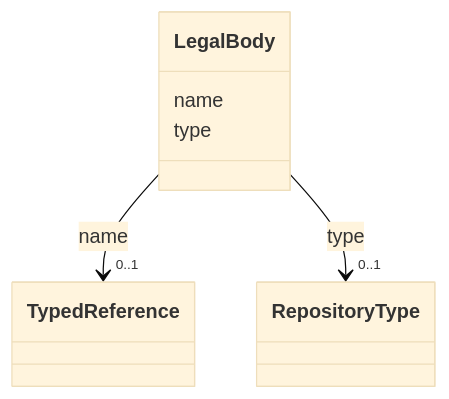
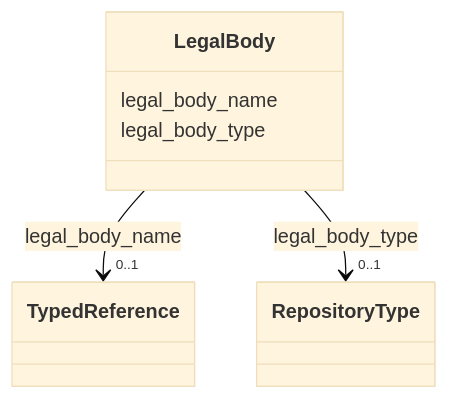
The diagram in docs/LegalBody.md (arqtrad/schema), drawn with Mermaid (base theme) before and after one commit. The commit also changed other lines of this file and 215 other files, not shown here.

````diff
--- a/docs/LegalBody.md
+++ b/docs/LegalBody.md
@@ -23,28 +25,28 @@
 ```mermaid
  classDiagram
     class LegalBody
     click LegalBody href "../LegalBody/"
-      LegalBody : name
+      LegalBody : legal_body_name
+        
+          
+    
+        
+        
+        LegalBody --> "0..1" TypedReference : legal_body_name
+        click TypedReference href "../TypedReference/"
+    
 
+        
+      LegalBody : legal_body_type
+        
+          
+    
+        
+        
+        LegalBody --> "0..1" RepositoryType : legal_body_type
+        click RepositoryType href "../RepositoryType/"
+    
 
-
-
-
-        LegalBody --> "0..1" TypedReference : name
-        click TypedReference href "../TypedReference/"
-
-
-
-      LegalBody : type
-
-
-
-
-
-        LegalBody --> "0..1" RepositoryType : type
-        click RepositoryType href "../RepositoryType/"
-
-
-
-
+        
+      
 ```
````
